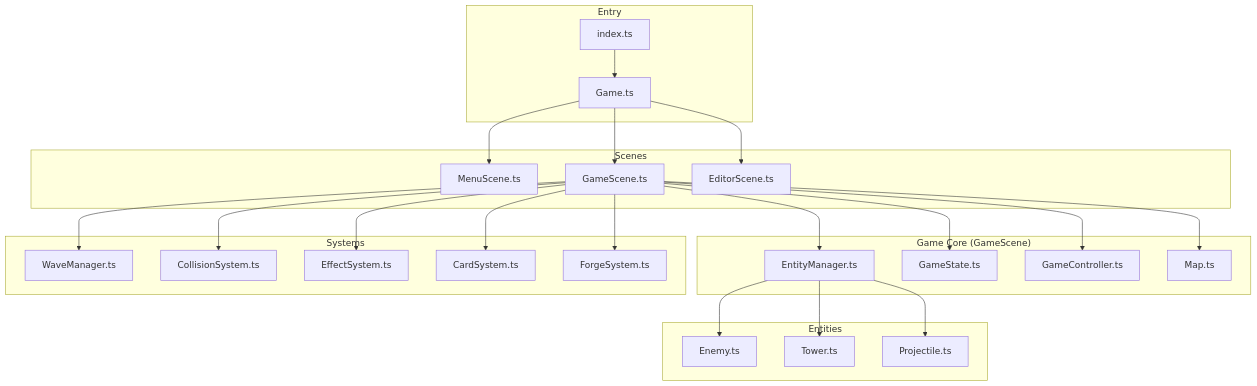
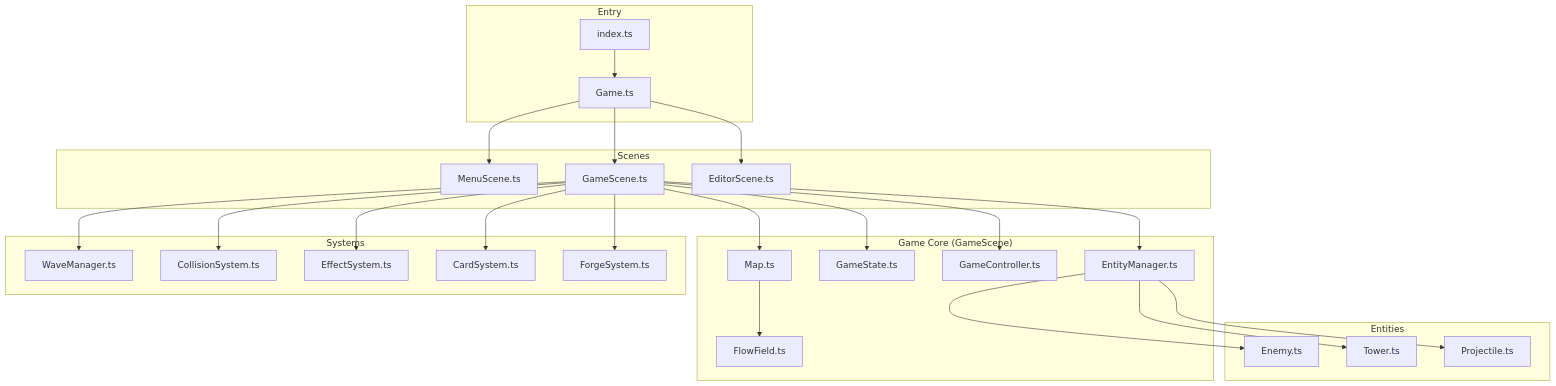
One commit to guardokaz39-del/NewTower-1.3 changed the diagram in .agent/docs/architecture.md. Above: the diagram before and after it, drawn with Mermaid. The commit also changed other lines of this file and 8 other files, not shown here.

````diff
--- a/.agent/docs/architecture.md
+++ b/.agent/docs/architecture.md
@@ -11,33 +11,34 @@
 ```mermaid
 graph TB
     subgraph Entry
         index[index.ts] --> Game[Game.ts]
     end
     
     subgraph Scenes
         Game --> MenuScene[MenuScene.ts]
         Game --> GameScene[GameScene.ts]
         Game --> EditorScene[EditorScene.ts]
     end
     
     subgraph GameCore["Game Core (GameScene)"]
         GameScene --> EntityManager[EntityManager.ts]
         GameScene --> GameState[GameState.ts]
         GameScene --> GameController[GameController.ts]
         GameScene --> MapManager[Map.ts]
+        MapManager --> FlowField[FlowField.ts]
     end
     
     subgraph Entities
         EntityManager --> Enemy[Enemy.ts]
         EntityManager --> Tower[Tower.ts]
         EntityManager --> Projectile[Projectile.ts]
     end
     
     subgraph Systems
         GameScene --> WaveManager[WaveManager.ts]
         GameScene --> CollisionSystem[CollisionSystem.ts]
         GameScene --> EffectSystem[EffectSystem.ts]
         GameScene --> CardSystem[CardSystem.ts]
         GameScene --> ForgeSystem[ForgeSystem.ts]
     end
 ```
````
